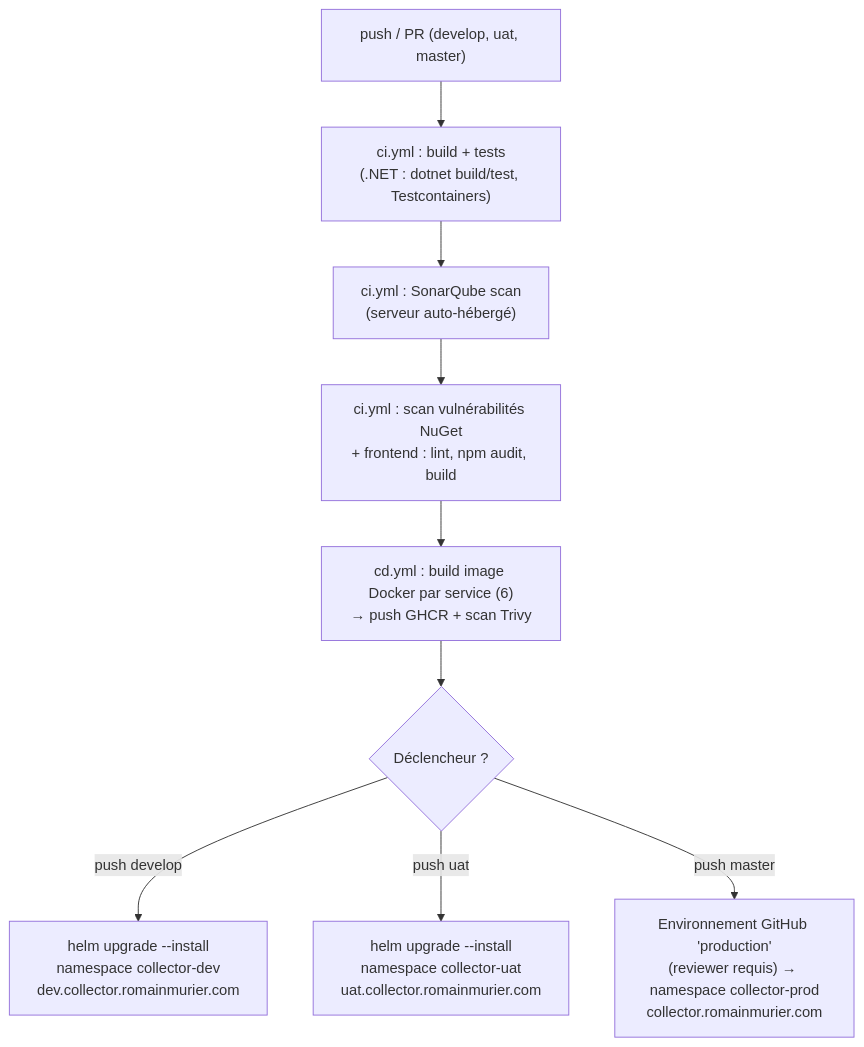
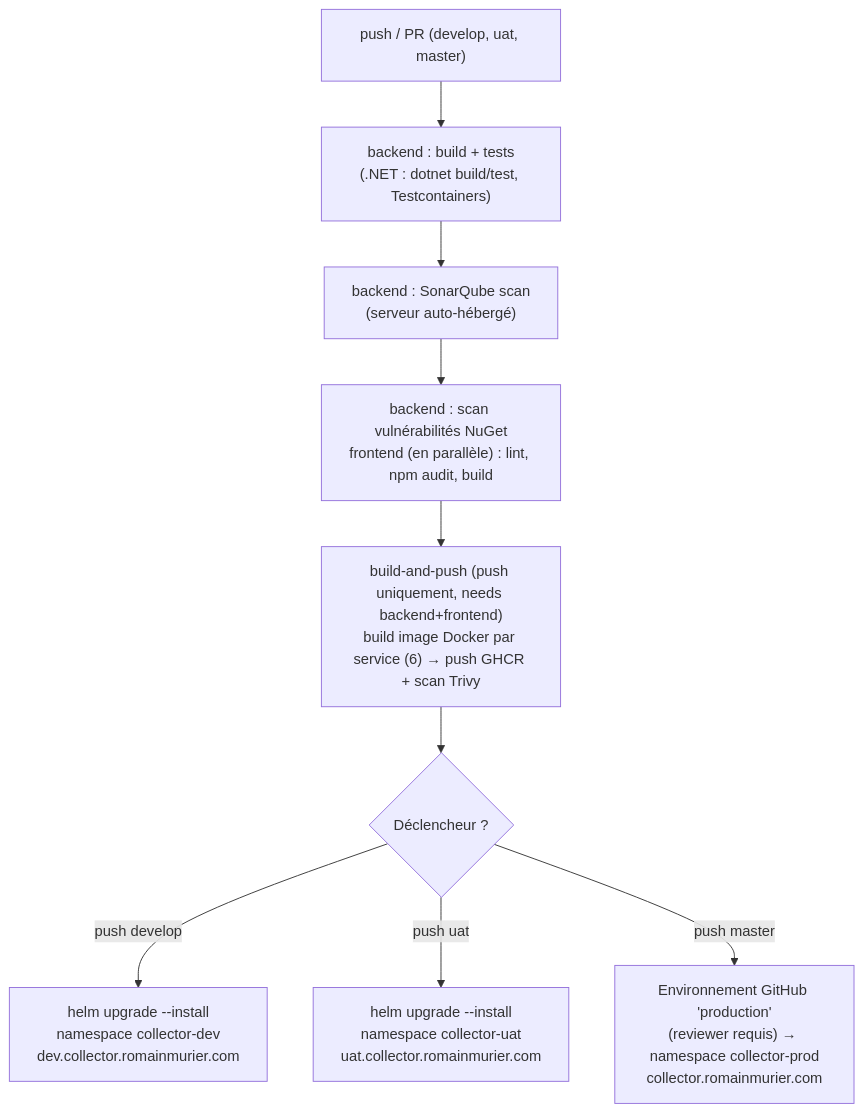
The second of 2 diagrams in README.md (RMurier/CESI-CUBE-3-BAC-5-INDIVIDUEL), drawn with Mermaid before and after one commit. The commit also changed other lines of this file and 9 other files, not shown here.

First line of the commit message:
ci: merge ci.yml and cd.yml into a single pipeline.yml with blocking tests

````diff
--- a/README.md
+++ b/README.md
@@ -288,11 +292,11 @@
 ```mermaid
 flowchart TD
-    A["push / PR (develop, uat, master)"] --> B["ci.yml : build + tests<br/>(.NET : dotnet build/test, Testcontainers)"]
-    B --> C["ci.yml : SonarQube scan<br/>(serveur auto-hébergé)"]
-    C --> D["ci.yml : scan vulnérabilités NuGet<br/>+ frontend : lint, npm audit, build"]
-    D --> E["cd.yml : build image Docker par service (6)<br/>→ push GHCR + scan Trivy"]
+    A["push / PR (develop, uat, master)"] --> B["backend : build + tests<br/>(.NET : dotnet build/test, Testcontainers)"]
+    B --> C["backend : SonarQube scan<br/>(serveur auto-hébergé)"]
+    C --> D["backend : scan vulnérabilités NuGet<br/>frontend (en parallèle) : lint, npm audit, build"]
+    D --> E["build-and-push (push uniquement, needs backend+frontend)<br/>build image Docker par service (6) → push GHCR + scan Trivy"]
     E --> F{"Déclencheur ?"}
     F -->|push develop| G["helm upgrade --install<br/>namespace collector-dev<br/>dev.collector.romainmurier.com"]
     F -->|push uat| H["helm upgrade --install<br/>namespace collector-uat<br/>uat.collector.romainmurier.com"]
     F -->|push master| I["Environnement GitHub 'production'<br/>(reviewer requis) → namespace collector-prod<br/>collector.romainmurier.com"]
 ```
````
